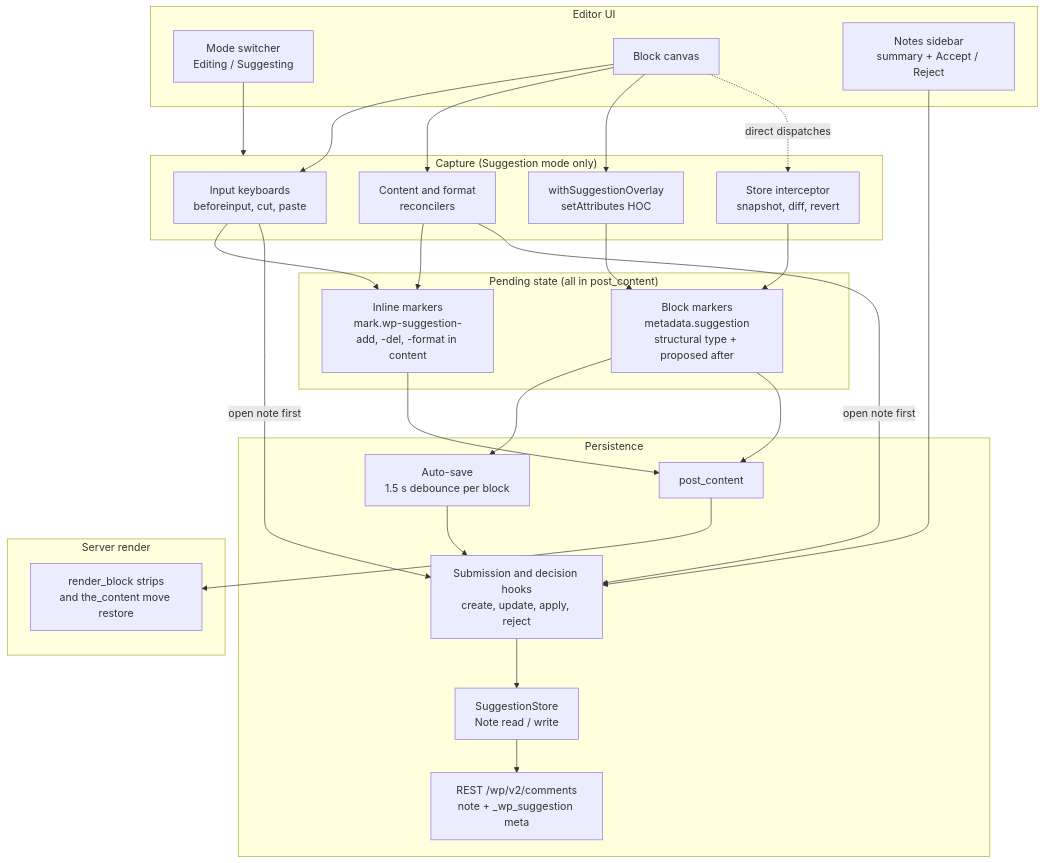
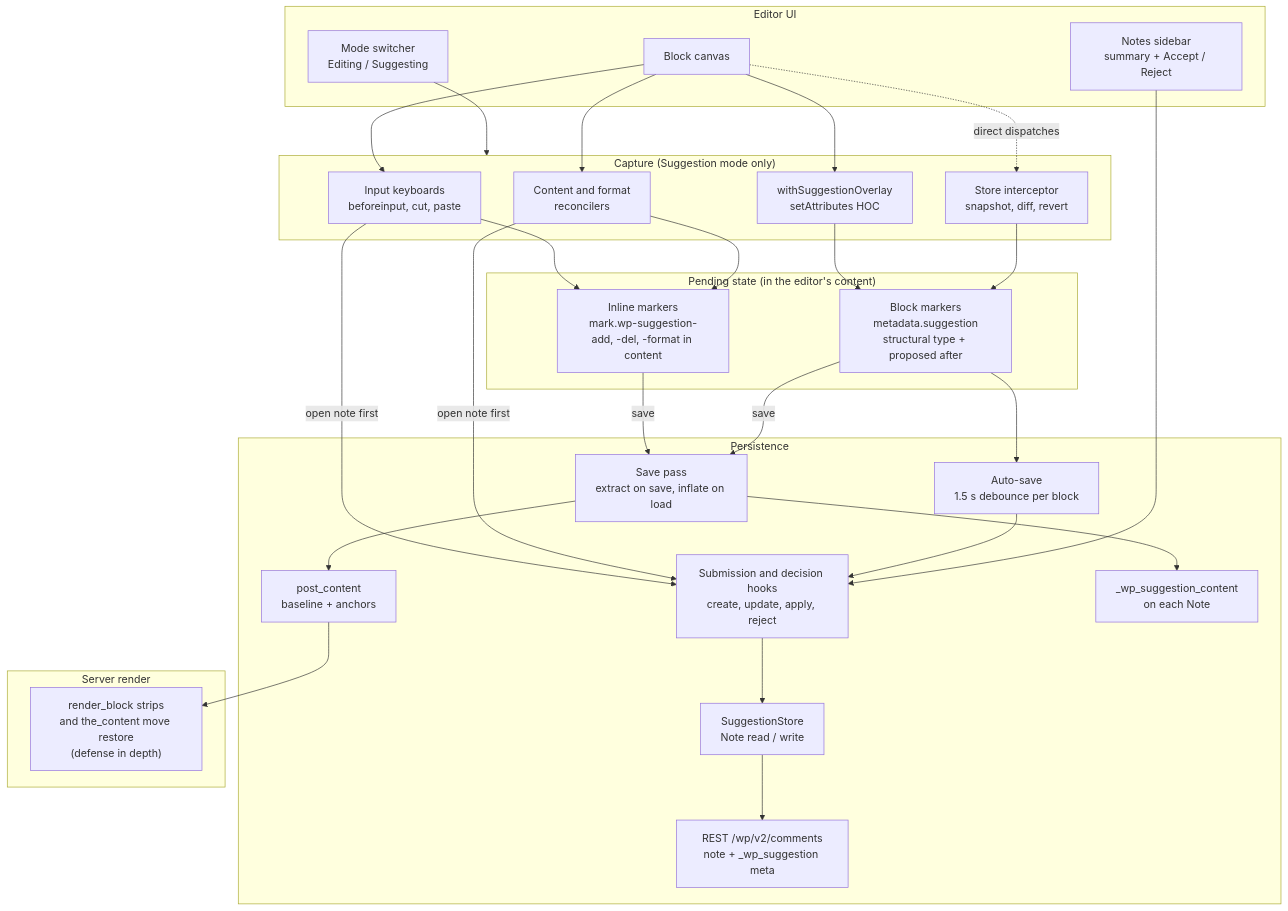
The first of 8 diagrams in docs/explanations/architecture/suggestions-overview.md (WordPress/gutenberg), drawn with Mermaid before and after one commit. The commit also changed other lines of this file and 1 other file, not shown here.

First line of the commit message:
Suggestion mode: Add a storage summary and bring the docs in line with the save pass

````diff
--- a/docs/explanations/architecture/suggestions-overview.md
+++ b/docs/explanations/architecture/suggestions-overview.md
@@ -33,43 +36,46 @@
 ```mermaid
 flowchart TB
     subgraph UI["Editor UI"]
         Switcher["Mode switcher<br/>Editing / Suggesting"]
         Canvas["Block canvas"]
         Sidebar["Notes sidebar<br/>summary + Accept / Reject"]
     end
 
     subgraph Capture["Capture (Suggestion mode only)"]
         Keyboards["Input keyboards<br/>beforeinput, cut, paste"]
         Reconciler["Content and format<br/>reconcilers"]
         HOC["withSuggestionOverlay<br/>setAttributes HOC"]
         Interceptor["Store interceptor<br/>snapshot, diff, revert"]
     end
 
-    subgraph State["Pending state (all in post_content)"]
+    subgraph State["Pending state (in the editor's content)"]
         Inline["Inline markers<br/>mark.wp-suggestion-add, -del, -format in content"]
         BlockMarker["Block markers<br/>metadata.suggestion<br/>structural type + proposed after"]
     end
 
     subgraph Persist["Persistence"]
         AutoSave["Auto-save<br/>1.5 s debounce per block"]
         Provider["Submission and decision hooks<br/>create, update, apply, reject"]
         Store["SuggestionStore<br/>Note read / write"]
         REST["REST /wp/v2/comments<br/>note + _wp_suggestion meta"]
-        Post["post_content"]
+        SavePass["Save pass<br/>extract on save, inflate on load"]
+        Post["post_content<br/>baseline + anchors"]
+        NoteContent["_wp_suggestion_content<br/>on each Note"]
     end
 
     subgraph Server["Server render"]
-        Strip["render_block strips<br/>and the_content move restore"]
+        Strip["render_block strips<br/>and the_content move restore<br/>(defense in depth)"]
     end
 
     Switcher --> Capture
     Canvas --> Keyboards & Reconciler & HOC
     Canvas -. direct dispatches .-> Interceptor
     Keyboards & Reconciler --> Inline
     HOC & Interceptor --> BlockMarker
     Keyboards & Reconciler -- open note first --> Provider
     BlockMarker --> AutoSave --> Provider --> Store --> REST
-    Inline & BlockMarker --> Post
+    Inline & BlockMarker -- save --> SavePass
+    SavePass --> Post & NoteContent
     Sidebar --> Provider
     Post --> Strip
 ```
````
